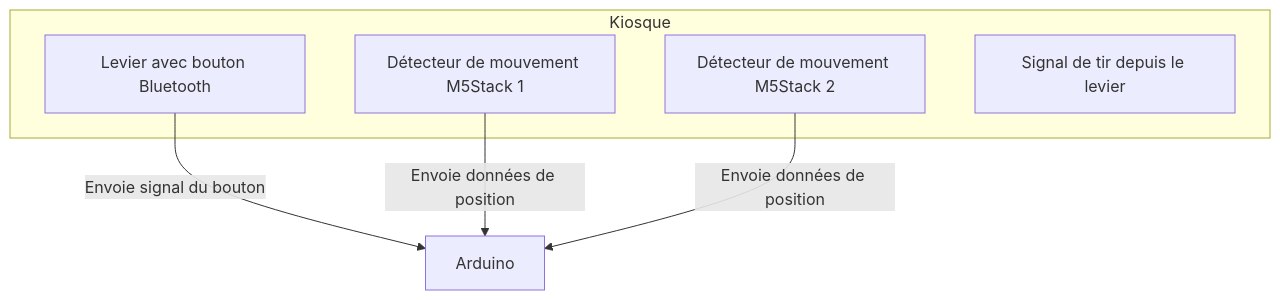
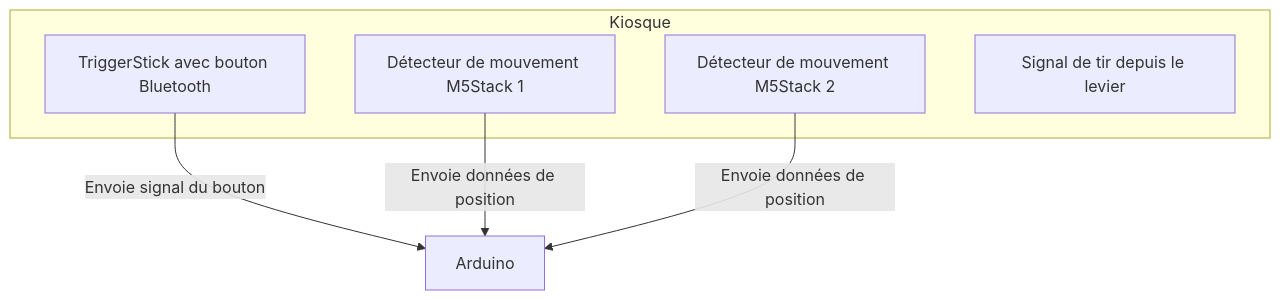
One commit to IsaacFaf/planification changed the third of 6 diagrams in README.md. Above: the diagram before and after it, drawn with Mermaid. The commit also changed other lines of this file, not shown here.

````diff
--- a/README.md
+++ b/README.md
@@ -124,17 +126,17 @@
 ```mermaid
 graph TD;
     %% Définition du kiosque
     subgraph Kiosque
-        Levier[Levier avec bouton Bluetooth]
+        Levier[TriggerStick avec bouton Bluetooth]
         
         CapteurMouvement1[Détecteur de mouvement M5Stack 1]
         CapteurMouvement2[Détecteur de mouvement M5Stack 2]
         Bouton[Signal de tir depuis le levier]
     end
 
     %% Connexions
     Levier -->|Envoie signal du bouton| Arduino
     CapteurMouvement1 -->|Envoie données de position| Arduino
     CapteurMouvement2 -->|Envoie données de position| Arduino
 
 ```
````
